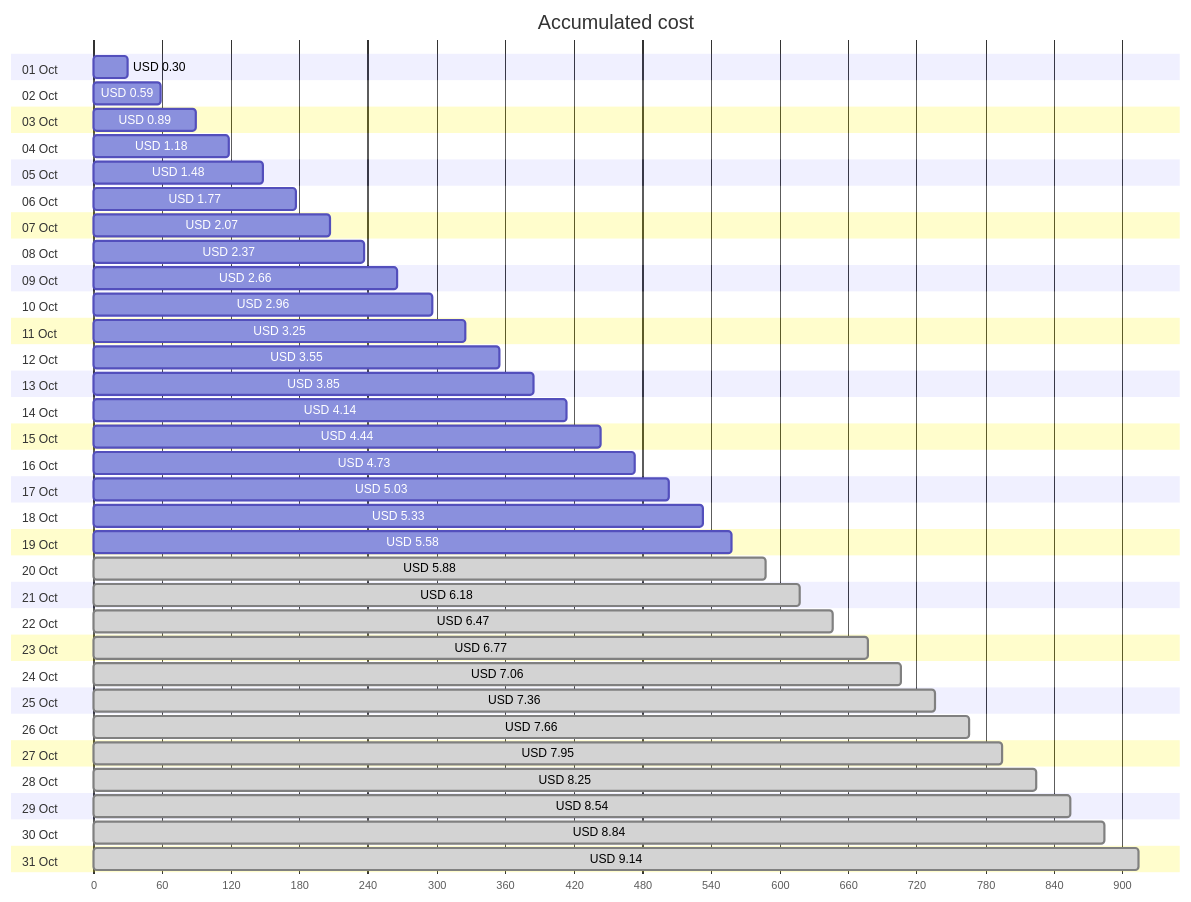
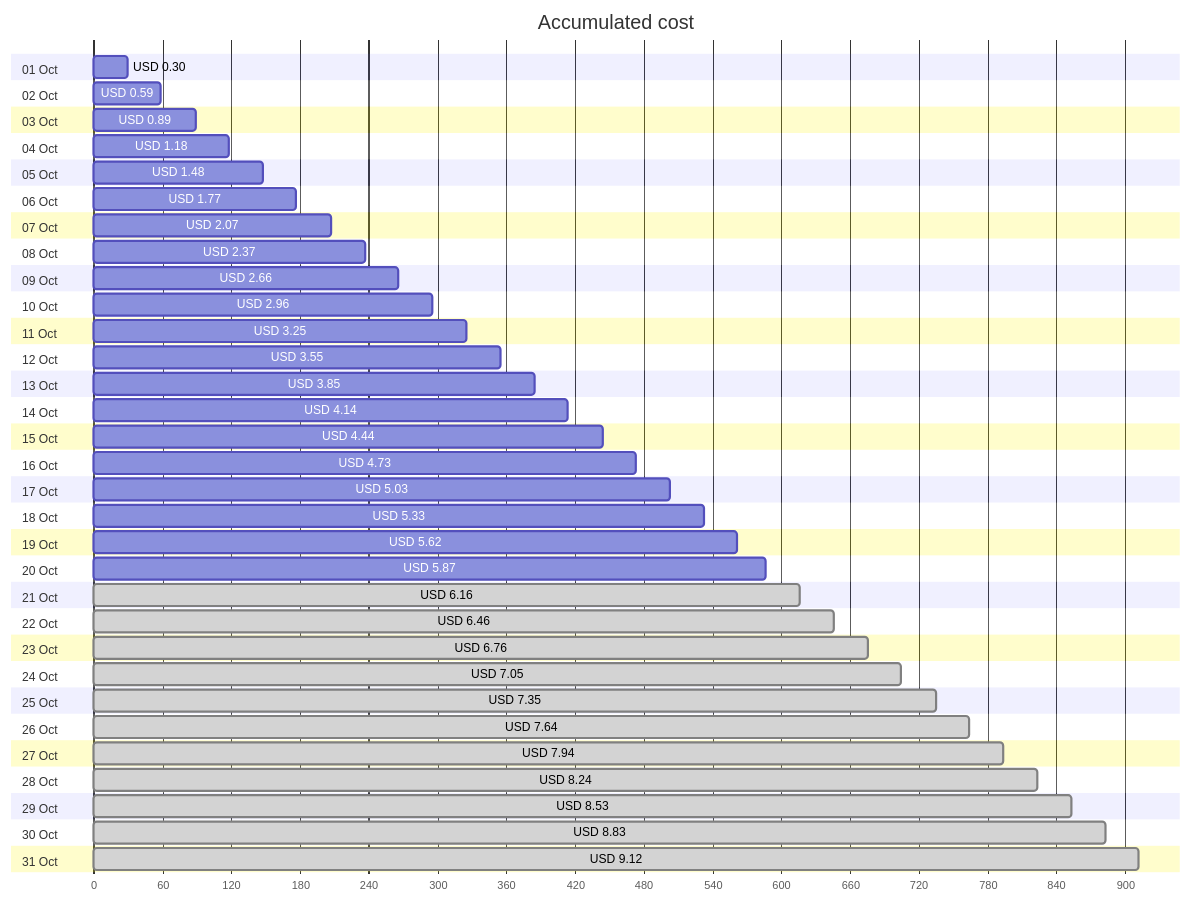
The first of 4 diagrams in cost-reports/personal-site/personal-site.md (jpfulton/azure-personal-reports), drawn with Mermaid before and after one commit. The commit also changed other lines of this file and 7 other files, not shown here.

````diff
--- a/cost-reports/personal-site/personal-site.md
+++ b/cost-reports/personal-site/personal-site.md
@@ -20,68 +20,68 @@
 ```mermaid
 gantt
    title Accumulated cost
    dateFormat  X
    axisFormat %s
    section 01 Oct
    USD 0.30 :0, 30
    section 02 Oct
    USD 0.59 :0, 59
    section 03 Oct
    USD 0.89 :0, 89
    section 04 Oct
    USD 1.18 :0, 118
    section 05 Oct
    USD 1.48 :0, 148
    section 06 Oct
    USD 1.77 :0, 177
    section 07 Oct
    USD 2.07 :0, 207
    section 08 Oct
    USD 2.37 :0, 237
    section 09 Oct
    USD 2.66 :0, 266
    section 10 Oct
    USD 2.96 :0, 296
    section 11 Oct
    USD 3.25 :0, 325
    section 12 Oct
    USD 3.55 :0, 355
    section 13 Oct
    USD 3.85 :0, 385
    section 14 Oct
    USD 4.14 :0, 414
    section 15 Oct
    USD 4.44 :0, 444
    section 16 Oct
    USD 4.73 :0, 473
    section 17 Oct
    USD 5.03 :0, 503
    section 18 Oct
    USD 5.33 :0, 533
    section 19 Oct
-   USD 5.58 :0, 558
+   USD 5.62 :0, 562
    section 20 Oct
-   USD 5.88 : done, 0, 588
+   USD 5.87 :0, 587
    section 21 Oct
-   USD 6.18 : done, 0, 618
+   USD 6.16 : done, 0, 616
    section 22 Oct
-   USD 6.47 : done, 0, 647
+   USD 6.46 : done, 0, 646
    section 23 Oct
-   USD 6.77 : done, 0, 677
+   USD 6.76 : done, 0, 676
    section 24 Oct
-   USD 7.06 : done, 0, 706
+   USD 7.05 : done, 0, 705
    section 25 Oct
-   USD 7.36 : done, 0, 736
+   USD 7.35 : done, 0, 735
    section 26 Oct
-   USD 7.66 : done, 0, 766
+   USD 7.64 : done, 0, 764
    section 27 Oct
-   USD 7.95 : done, 0, 795
+   USD 7.94 : done, 0, 794
    section 28 Oct
-   USD 8.25 : done, 0, 825
+   USD 8.24 : done, 0, 824
    section 29 Oct
-   USD 8.54 : done, 0, 854
+   USD 8.53 : done, 0, 853
    section 30 Oct
-   USD 8.84 : done, 0, 884
+   USD 8.83 : done, 0, 883
    section 31 Oct
-   USD 9.14 : done, 0, 914
+   USD 9.12 : done, 0, 912
 ```
````
